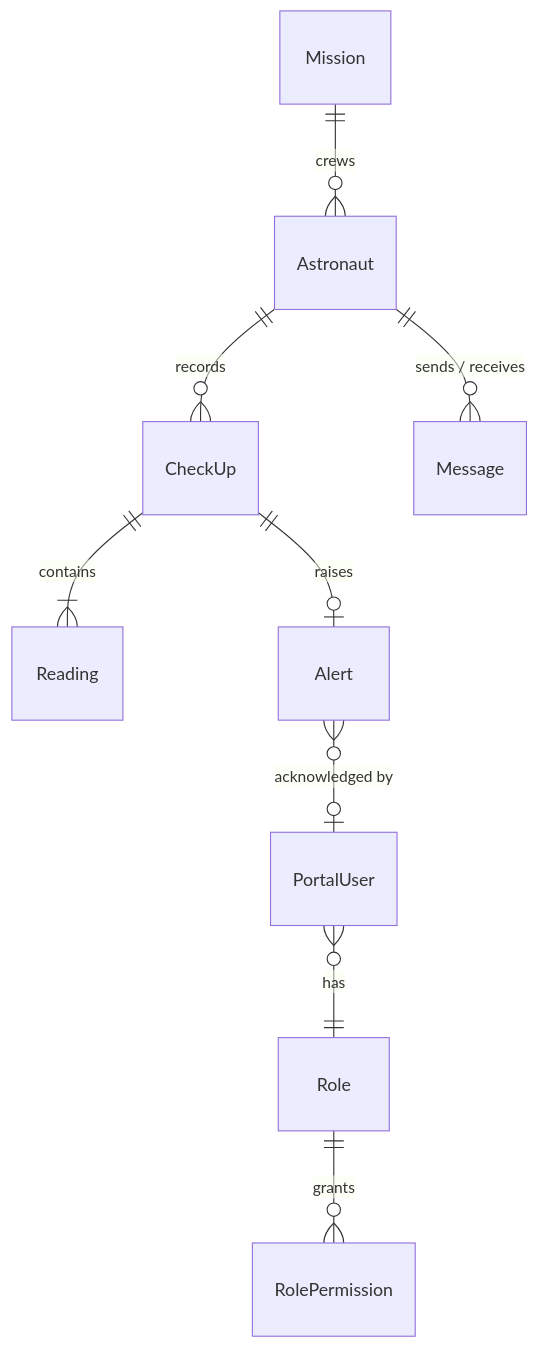
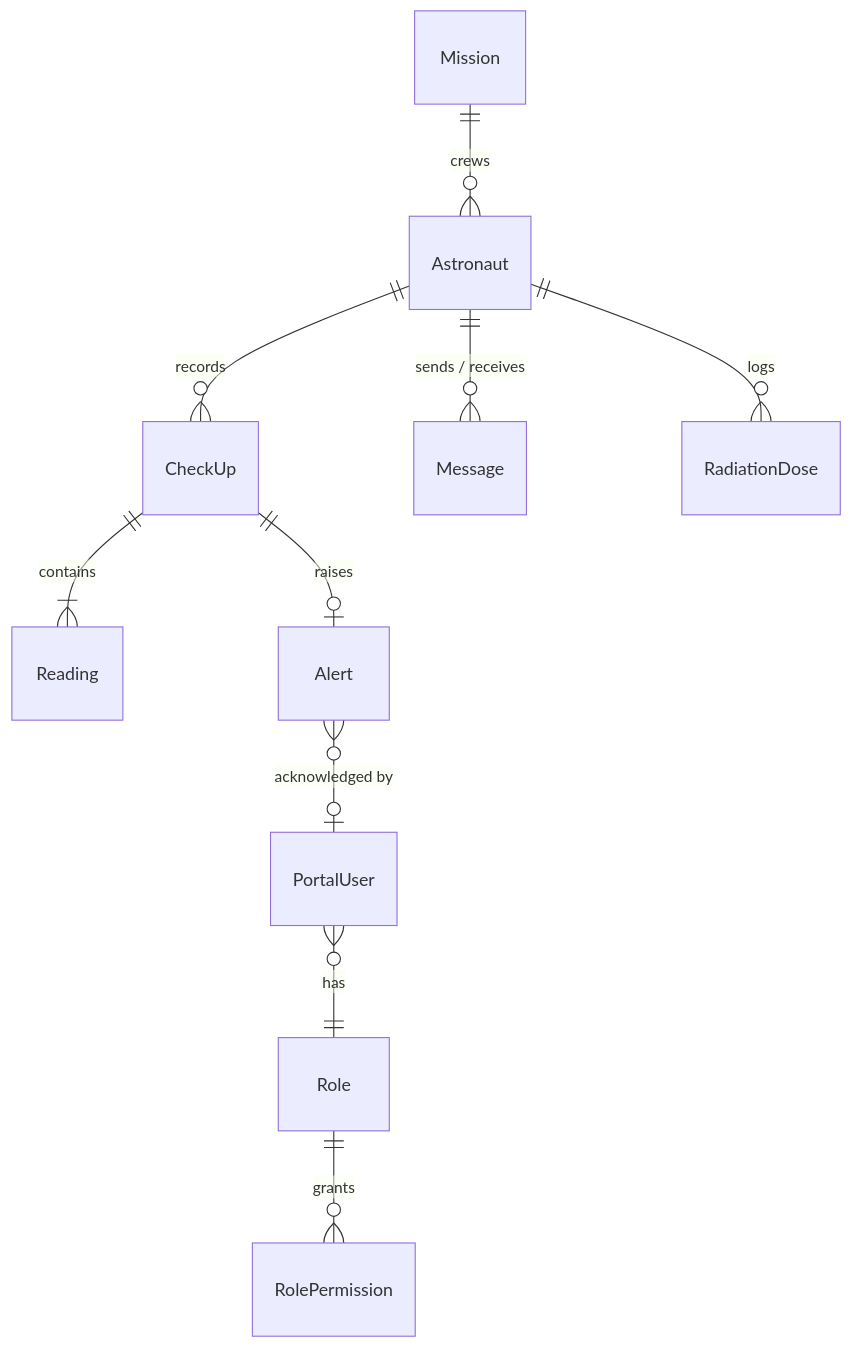
One commit to AliaJimenez/HeartbeatBackend changed the diagram in contracts/CONTRACTS.md. Above: the diagram before and after it, drawn with Mermaid. The commit also changed other lines of this file and 11 other files, not shown here.

````diff
--- a/contracts/CONTRACTS.md
+++ b/contracts/CONTRACTS.md
@@ -86,11 +86,12 @@
 ```mermaid
 erDiagram
     Mission ||--o{ Astronaut : crews
     Astronaut ||--o{ CheckUp : records
     CheckUp ||--|{ Reading : contains
     Astronaut ||--o{ Message : "sends / receives"
+    Astronaut ||--o{ RadiationDose : logs
     CheckUp ||--o| Alert : raises
     PortalUser }o--|| Role : has
     Role ||--o{ RolePermission : grants
     Alert }o--o| PortalUser : "acknowledged by"
 ```
````
